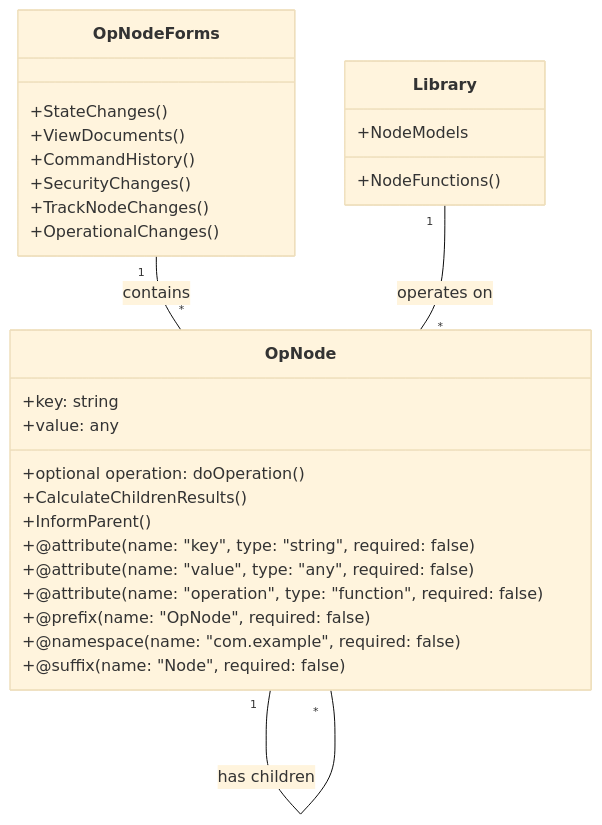
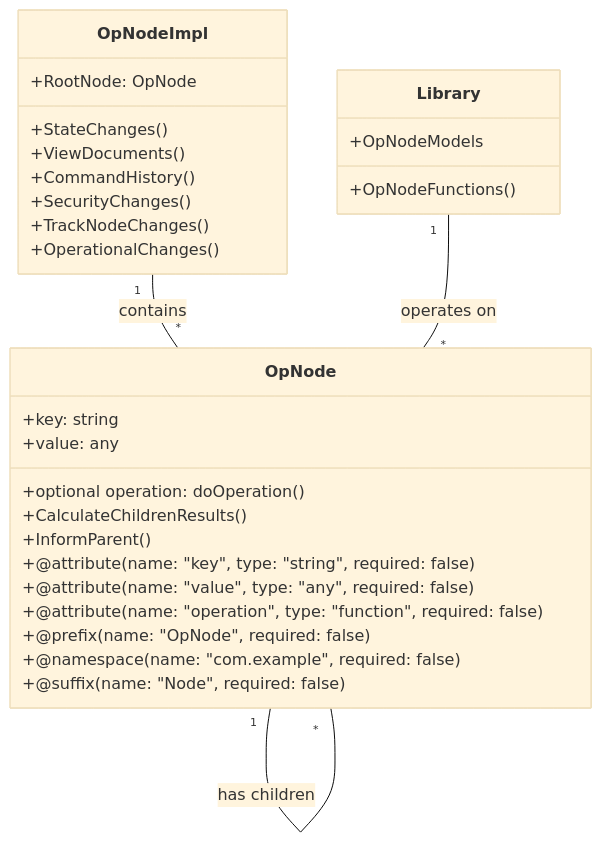
Before and after one commit to UserLevelUp/OpNode: the diagram in README.md, drawn with Mermaid (base theme).

````diff
--- a/README.md
+++ b/README.md
@@ -9,34 +9,35 @@
 ```mermaid
 classDiagram
-    class OpNodeForms{
+    class OpNodeImpl{
+        +RootNode: OpNode
         +StateChanges()
         +ViewDocuments()
         +CommandHistory()
         +SecurityChanges()
         +TrackNodeChanges()
         +OperationalChanges()
     }
     class OpNode{
         +key: string
         +value: any
         +optional operation: doOperation()
         +CalculateChildrenResults()
         +InformParent()
         +@attribute(name: "key", type: "string", required: false)
         +@attribute(name: "value", type: "any", required: false)
         +@attribute(name: "operation", type: "function", required: false)
         +@prefix(name: "OpNode", required: false)
         +@namespace(name: "com.example", required: false)
         +@suffix(name: "Node", required: false)
     }
     class Library{
-        +NodeModels
-        +NodeFunctions()
+        +OpNodeModels
+        +OpNodeFunctions()
     }
-    OpNodeForms "1" -- "*" OpNode: contains
+    OpNodeImpl "1" -- "*" OpNode: contains
     Library "1" -- "*" OpNode: operates on
     OpNode "1" -- "*" OpNode: doOperation()
     OpNode "1" -- "*" OpNode: CalculateChildrenResults()
     OpNode "1" -- "*" OpNode: InformParent()
     OpNode "1" -- "*" OpNode: has children
 ```
````
